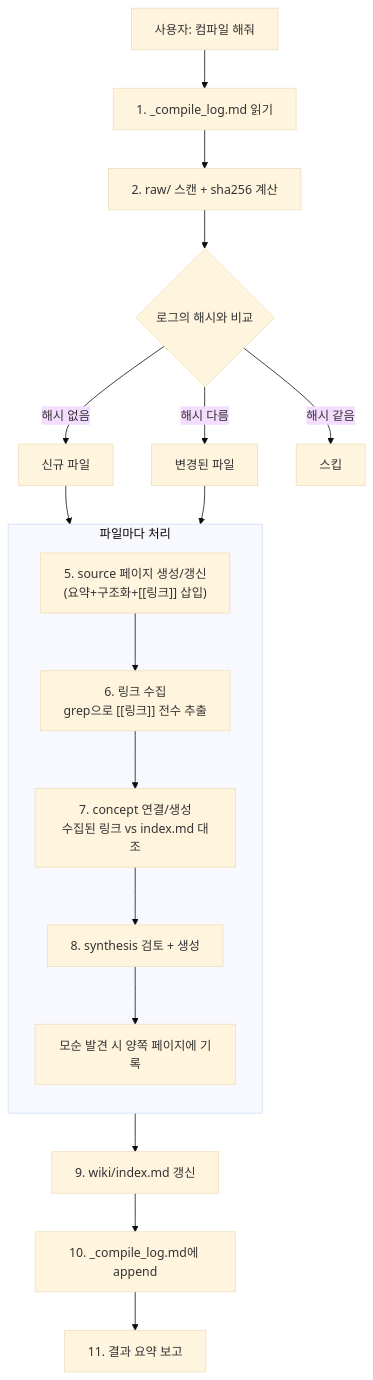
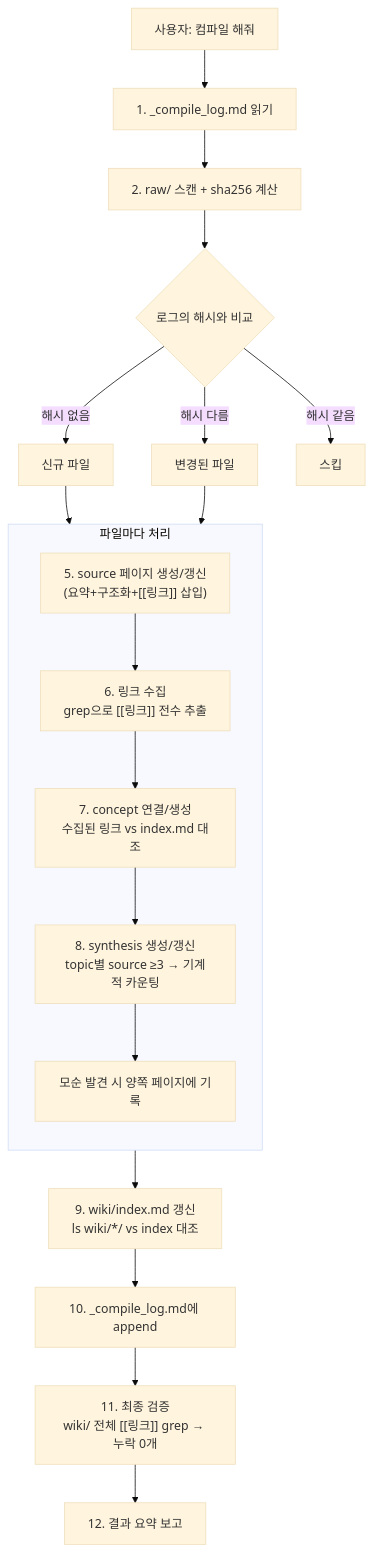
The fourth of 10 diagrams in docs/vault-system-guide.md (bjw202/Vault), drawn with Mermaid (base theme) before and after one commit. The commit also changed other lines of this file and 1 other file, not shown here.

First line of the commit message:
fix: synthesis 미생성 + 최종 검증 추가

````diff
--- a/docs/vault-system-guide.md
+++ b/docs/vault-system-guide.md
@@ -146,27 +146,28 @@
 ```mermaid
 flowchart TB
     START["사용자: 컴파일 해줘"] --> READ_LOG["1. _compile_log.md 읽기"]
     READ_LOG --> SCAN["2. raw/ 스캔 + sha256 계산"]
     SCAN --> COMPARE{"로그의 해시와 비교"}
 
     COMPARE -->|"해시 없음"| NEW["신규 파일"]
     COMPARE -->|"해시 다름"| CHANGED["변경된 파일"]
     COMPARE -->|"해시 같음"| SKIP["스킵"]
 
     NEW --> PROCESS
     CHANGED --> PROCESS
 
     subgraph PROCESS["파일마다 처리"]
         direction TB
         P1["5. source 페이지 생성/갱신<br/>(요약+구조화+[[링크]] 삽입)"]
         P2["6. 링크 수집<br/>grep으로 [[링크]] 전수 추출"]
         P3["7. concept 연결/생성<br/>수집된 링크 vs index.md 대조"]
-        P4["8. synthesis 검토 + 생성"]
+        P4["8. synthesis 생성/갱신<br/>topic별 source ≥3 → 기계적 카운팅"]
         P5["모순 발견 시 양쪽 페이지에 기록"]
         P1 --> P2 --> P3 --> P4 --> P5
     end
 
-    PROCESS --> INDEX["9. wiki/index.md 갱신"]
+    PROCESS --> INDEX["9. wiki/index.md 갱신<br/>ls wiki/*/ vs index 대조"]
     INDEX --> LOG["10. _compile_log.md에 append"]
-    LOG --> REPORT["11. 결과 요약 보고"]
+    LOG --> VERIFY["11. 최종 검증<br/>wiki/ 전체 [[링크]] grep → 누락 0개"]
+    VERIFY --> REPORT["12. 결과 요약 보고"]
 ```
````
